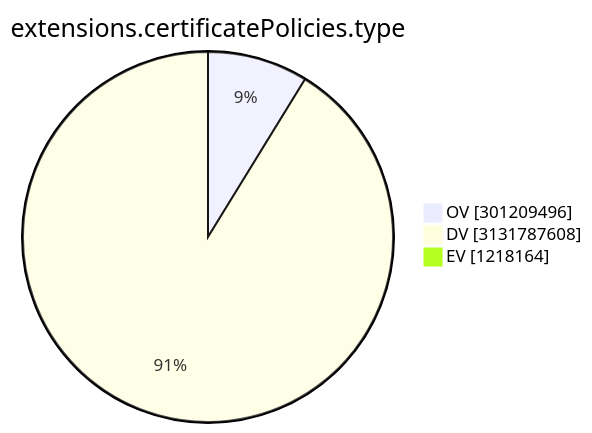
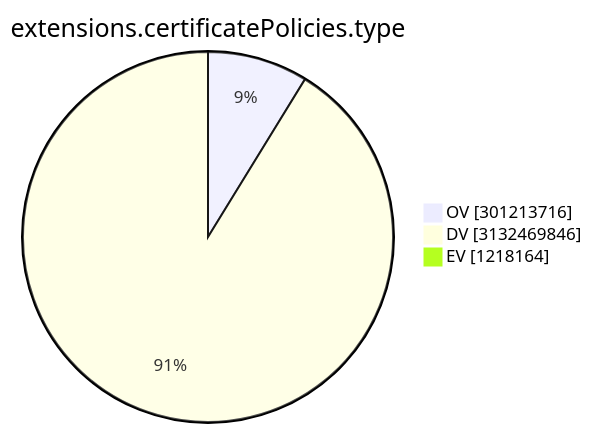
One commit to christiankrug/ctmonitor_visualization changed the ninth of 15 diagrams in TOTAL/README.md. Above: the diagram before and after it, drawn with Mermaid. The commit also changed other lines of this file, not shown here.

````diff
--- a/TOTAL/README.md
+++ b/TOTAL/README.md
@@ -3105,7 +3105,7 @@
 ```mermaid
 pie showData
 title extensions.certificatePolicies.type
-"OV" :301209496
-"DV" :3131787608
+"OV" :301213716
+"DV" :3132469846
 "EV" :1218164
 ```
````
